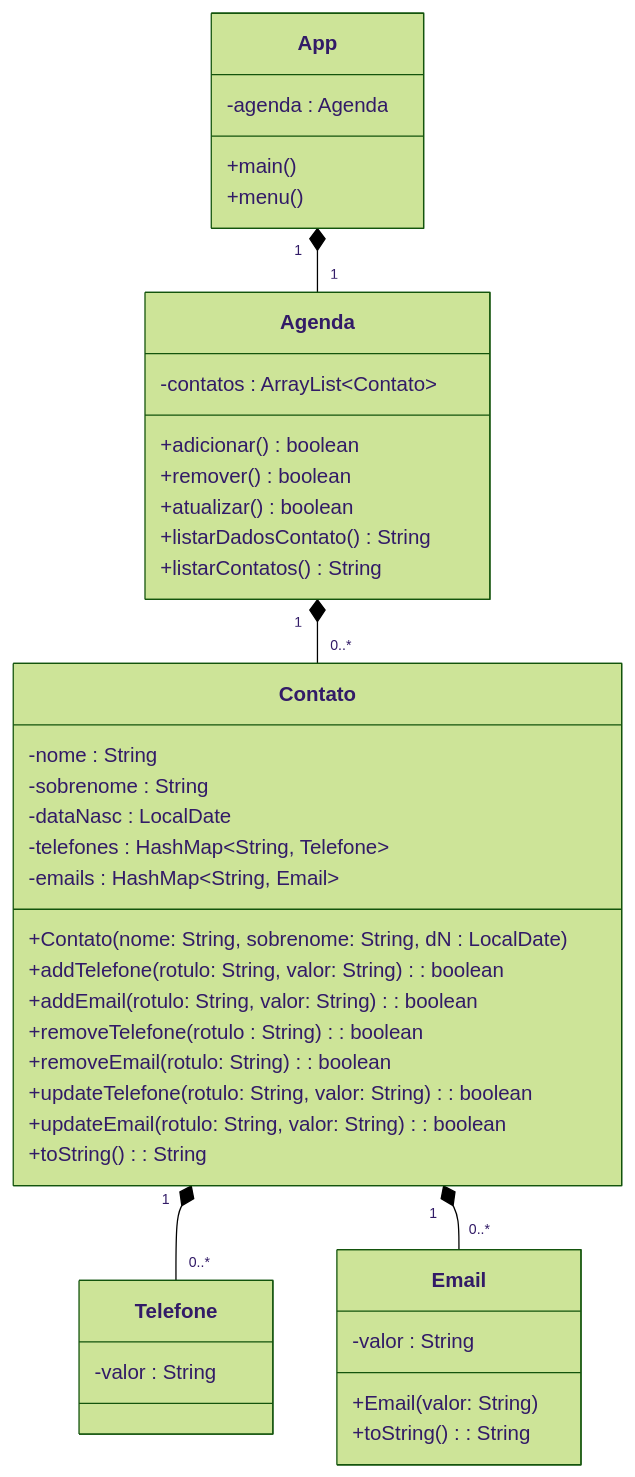
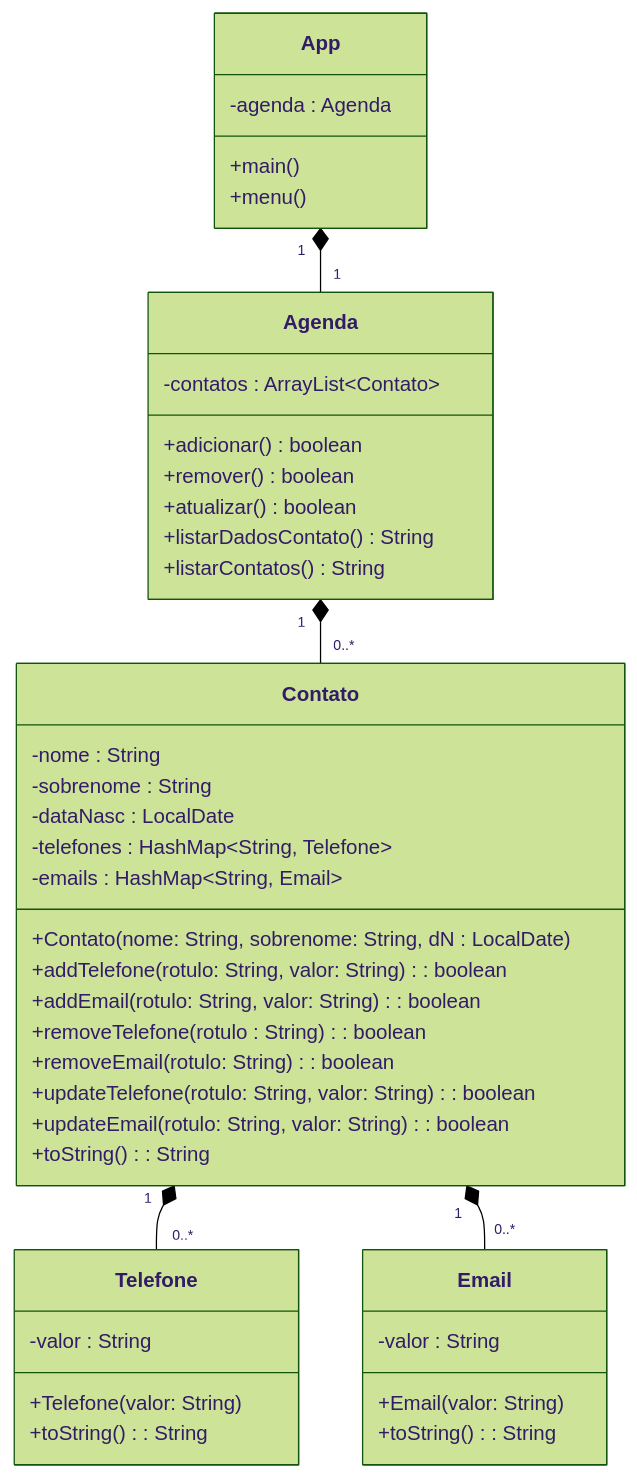
The diagram in aulas/2026-10-05/projeto02/README.md (LuisEAbreu/poo), drawn with Mermaid (forest theme) before and after one commit.

Commit message:
Atualizando métodos da classe Telefone na UML

````diff
--- a/aulas/2026-10-05/projeto02/README.md
+++ b/aulas/2026-10-05/projeto02/README.md
@@ -17,50 +17,52 @@
 ```mermaid
     classDiagram
         
         class App{
             -agenda : Agenda
             +main()
             +menu()
         }
         
         class Agenda{ 
             -contatos : ArrayList~Contato~
             +adicionar() boolean
             +remover() boolean
             +atualizar() boolean
             +listarDadosContato() String
             +listarContatos() String
         }
         
         class Contato{
             -nome : String
             -sobrenome : String
             -dataNasc : LocalDate
             -telefones : HashMap~String, Telefone~
             -emails : HashMap~String, Email~
 
             +Contato(nome: String, sobrenome: String, dN : LocalDate)
             +addTelefone(rotulo: String, valor: String): boolean
             +addEmail(rotulo: String, valor: String): boolean
             +removeTelefone(rotulo : String): boolean
             +removeEmail(rotulo: String): boolean
             +updateTelefone(rotulo: String, valor: String): boolean
             +updateEmail(rotulo: String, valor: String): boolean
             +toString(): String
         }
         
         class Telefone{
             -valor : String
+            +Telefone(valor: String)
+            +toString(): String
         }
 
         class Email{ 
             -valor : String
             +Email(valor: String)
             +toString(): String
         }
         
         App "1" *-- "1" Agenda
         Agenda "1" *-- "0..*" Contato
         Contato "1" *-- "0..*" Telefone
         Contato "1" *-- "0..*" Email
 ```
````
